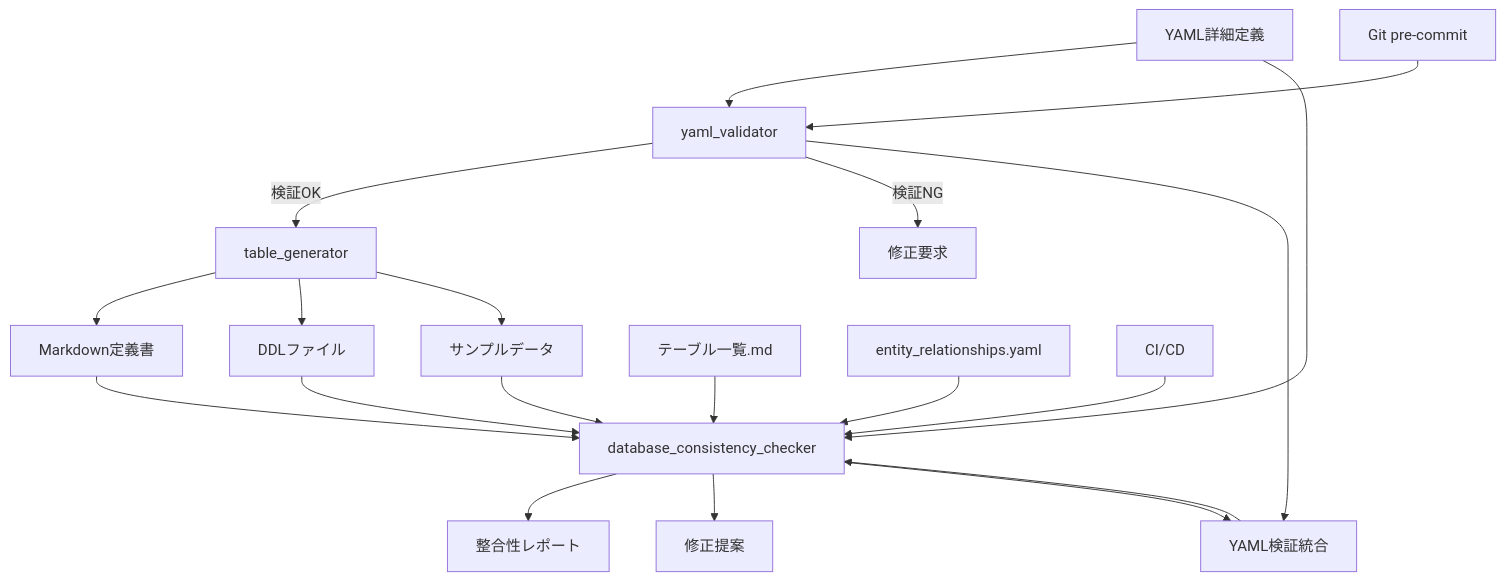
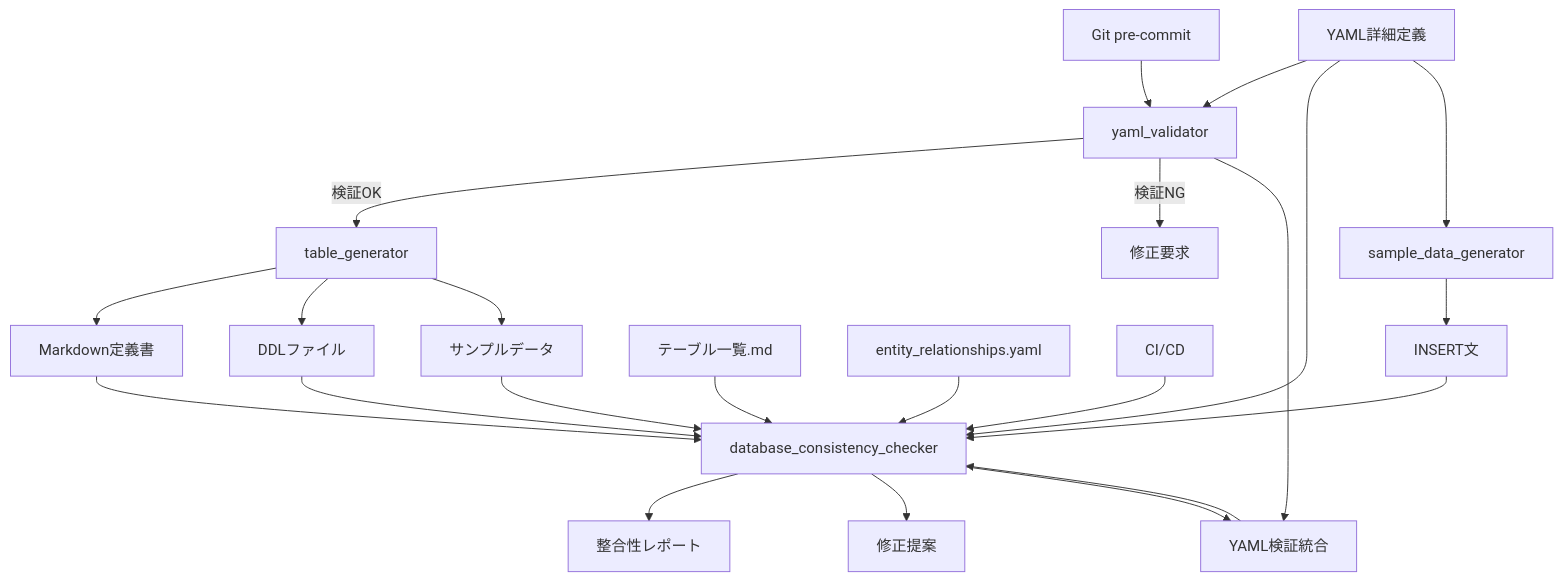
The diagram in docs/design/database/tools/README.md (sas-dx/skill-report-web), drawn with Mermaid before and after one commit. The commit also changed other lines of this file, not shown here.

````diff
--- a/docs/design/database/tools/README.md
+++ b/docs/design/database/tools/README.md
@@ -59,28 +60,32 @@
 ```mermaid
 graph TD
     A[YAML詳細定義] --> B[yaml_validator]
     B --> |検証OK| C[table_generator]
     B --> |検証NG| B1[修正要求]
     
     C --> D[Markdown定義書]
     C --> E[DDLファイル]
     C --> F[サンプルデータ]
     
     G[テーブル一覧.md] --> H[database_consistency_checker]
     D --> H
     E --> H
     F --> H
     A --> H
     
     H --> I[整合性レポート]
     H --> J[修正提案]
     H --> K[YAML検証統合]
     
     L[entity_relationships.yaml] --> H
     
     M[Git pre-commit] --> B
     N[CI/CD] --> H
     
     B --> K[YAML検証統合]
     K --> H
+    
+    A --> O[sample_data_generator]
+    O --> P[INSERT文]
+    P --> H
 ```
````
